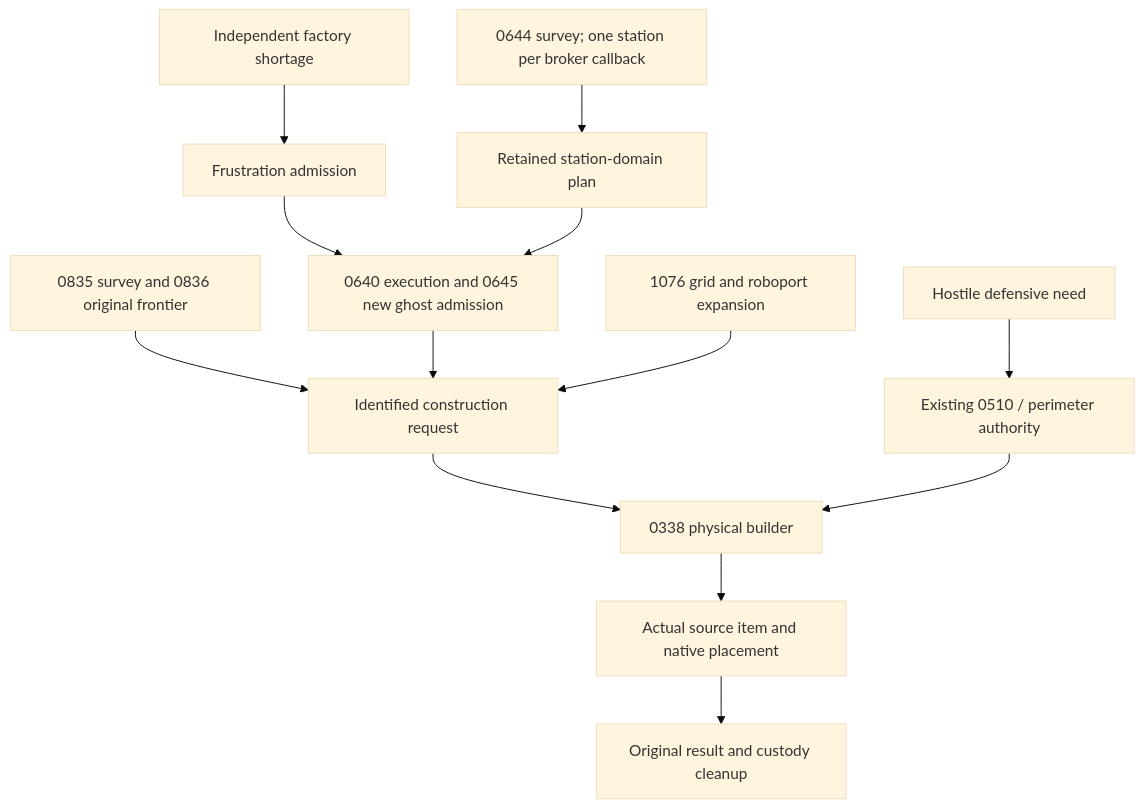
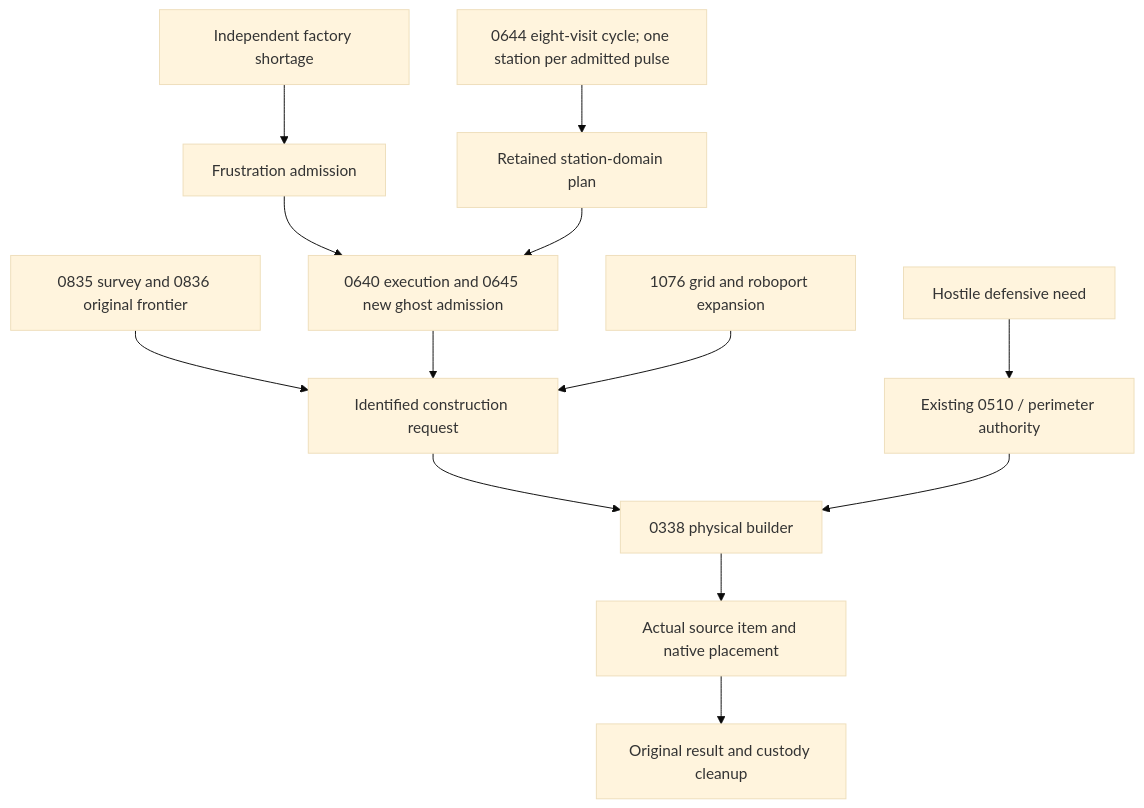
Before and after one commit to mrcalzon02/Tech-Priests: the third of 5 diagrams in docs/RECOVERY_AUTHORITY_MAP_CURRENT.md, drawn with Mermaid (base theme). The commit also changed other lines of this file and 19 other files, not shown here.

````diff
--- a/docs/RECOVERY_AUTHORITY_MAP_CURRENT.md
+++ b/docs/RECOVERY_AUTHORITY_MAP_CURRENT.md
@@ -71,15 +71,15 @@
 ```mermaid
 flowchart TD
     Defense["Hostile defensive need"] --> Dispatch["Existing 0510 / perimeter authority"]
     Factory["Independent factory shortage"] --> Gate["Frustration admission"]
     Gate --> Planner["0640 execution and 0645 new ghost admission"]
-    Survey["0644 survey; one station per broker callback"] --> Plan["Retained station-domain plan"]
+    Survey["0644 eight-visit cycle; one station per admitted pulse"] --> Plan["Retained station-domain plan"]
     Plan --> Planner
     Rail["0835 survey and 0836 original frontier"] --> Request["Identified construction request"]
     Planner --> Request
     Frontier["1076 grid and roboport expansion"] --> Request
     Request --> Builder["0338 physical builder"]
     Dispatch --> Builder
     Builder --> Paid["Actual source item and native placement"]
     Paid --> Receipt["Original result and custody cleanup"]
 ```
````
